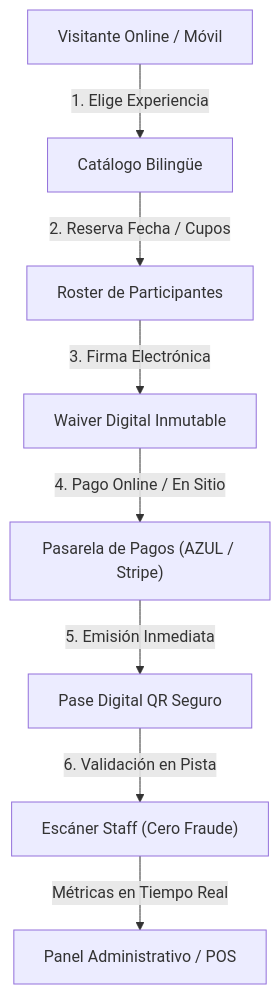
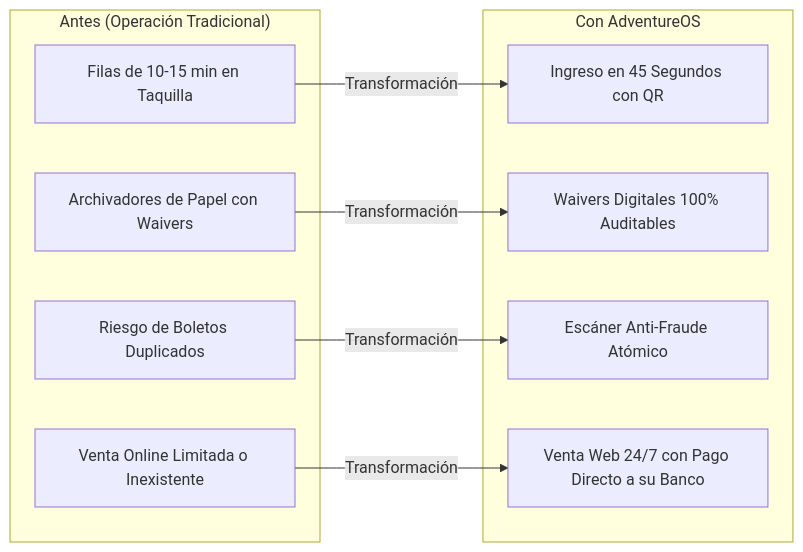
The first of 2 diagrams in docs/PROPUESTA_COMERCIAL.md (Ingjgarcia/SunKartPC), drawn with Mermaid before and after one commit. The commit also changed other lines of this file and 1 other file, not shown here.

````diff
--- a/docs/PROPUESTA_COMERCIAL.md
+++ b/docs/PROPUESTA_COMERCIAL.md
@@ -15,10 +21,19 @@
 ```mermaid
-graph TD
-    A["Visitante Online / Móvil"] -->|1. Elige Experiencia| B["Catálogo Bilingüe"]
-    B -->|2. Reserva Fecha / Cupos| C["Roster de Participantes"]
-    C -->|3. Firma Electrónica| D["Waiver Digital Inmutable"]
-    D -->|4. Pago Online / En Sitio| E["Pasarela de Pagos (AZUL / Stripe)"]
-    E -->|5. Emisión Inmediata| F["Pase Digital QR Seguro"]
-    F -->|6. Validación en Pista| G["Escáner Staff (Cero Fraude)"]
-    G -->|Métricas en Tiempo Real| H["Panel Administrativo / POS"]
+graph LR
+    subgraph "Antes (Operación Tradicional)"
+        A1["Filas de 10-15 min en Taquilla"]
+        A2["Archivadores de Papel con Waivers"]
+        A3["Riesgo de Boletos Duplicados"]
+        A4["Venta Online Limitada o Inexistente"]
+    end
+    subgraph "Con AdventureOS"
+        B1["Ingreso en 45 Segundos con QR"]
+        B2["Waivers Digitales 100% Auditables"]
+        B3["Escáner Anti-Fraude Atómico"]
+        B4["Venta Web 24/7 con Pago Directo a su Banco"]
+    end
+    A1 -->|Transformación| B1
+    A2 -->|Transformación| B2
+    A3 -->|Transformación| B3
+    A4 -->|Transformación| B4
 ```
````
